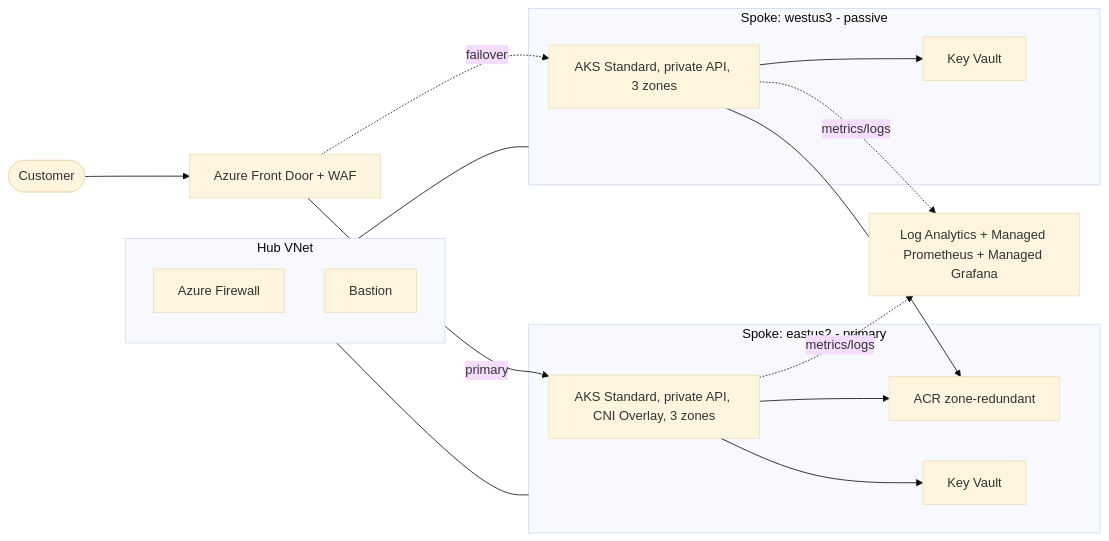
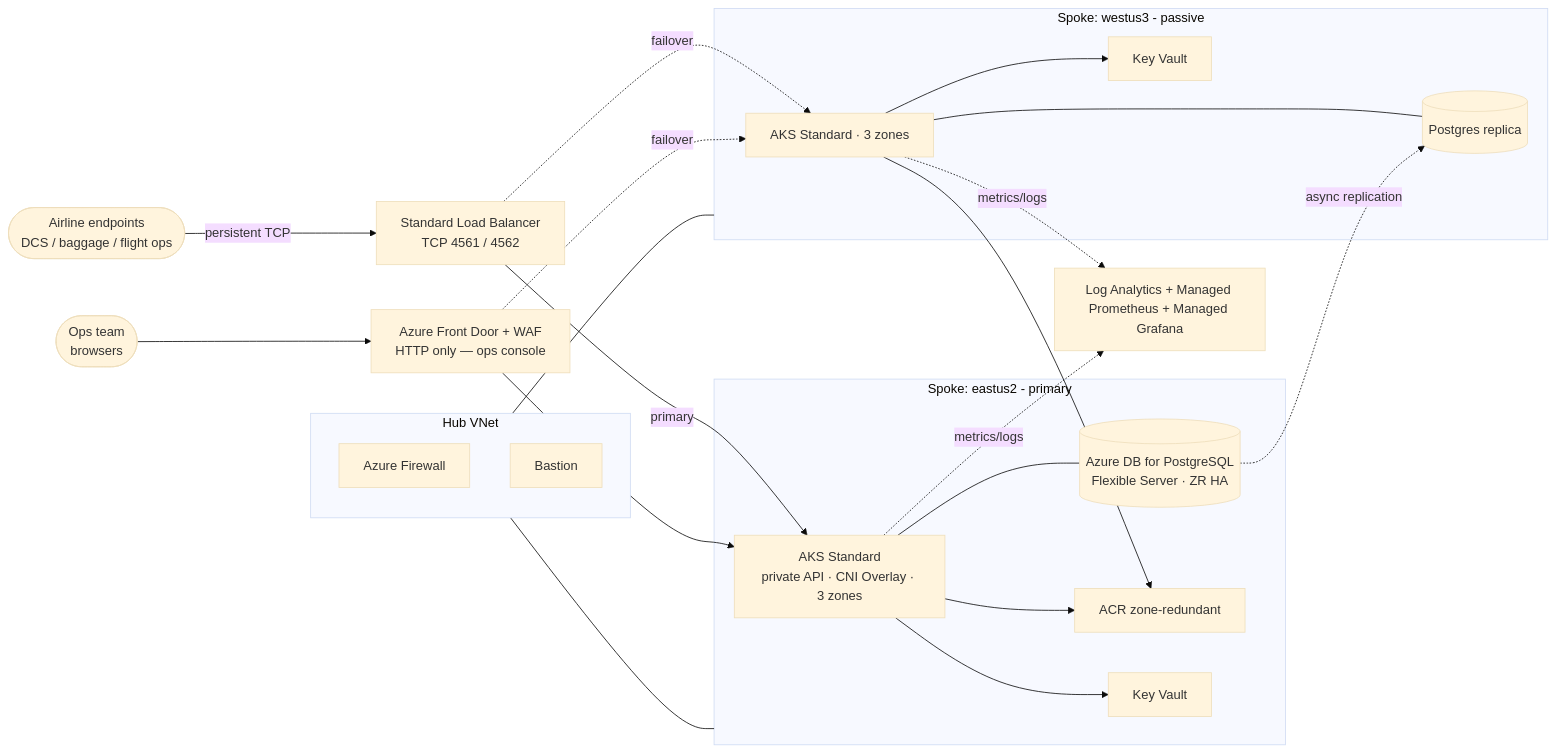
One commit to chadhage/aks-irl changed the diagram in README.md. Above: the diagram before and after it, drawn with Mermaid (base theme). The commit also changed other lines of this file and 57 other files, not shown here.

First line of the commit message:
Refactor to WorkshopPlus: airline socket messaging replatform on AKS

````diff
--- a/README.md
+++ b/README.md
@@ -94,30 +124,40 @@
 ```mermaid
 flowchart LR
-  user([Customer])
-  fd[Azure Front Door + WAF]
+  airline([Airline endpoints<br/>DCS / baggage / flight ops])
+  ops([Ops team<br/>browsers])
+  fd[Azure Front Door + WAF<br/>HTTP only — ops console]
+  nlb[Standard Load Balancer<br/>TCP 4561 / 4562]
   subgraph hub[Hub VNet]
     fw[Azure Firewall]
     bastion[Bastion]
   end
   subgraph eastus2[Spoke: eastus2 - primary]
-    aks1[AKS Standard, private API, CNI Overlay, 3 zones]
+    aks1[AKS Standard<br/>private API · CNI Overlay · 3 zones]
+    pg1[(Azure DB for PostgreSQL<br/>Flexible Server · ZR HA)]
     acr[ACR zone-redundant]
     kv1[Key Vault]
   end
   subgraph westus3[Spoke: westus3 - passive]
-    aks2[AKS Standard, private API, 3 zones]
+    aks2[AKS Standard · 3 zones]
+    pg2[(Postgres replica)]
     kv2[Key Vault]
   end
   obs[Log Analytics + Managed Prometheus + Managed Grafana]
-  user --> fd
-  fd -->|primary| aks1
+  airline -->|persistent TCP| nlb
+  ops --> fd
+  nlb -->|primary| aks1
+  nlb -.failover.-> aks2
+  fd --> aks1
   fd -.failover.-> aks2
+  aks1 --- pg1
+  aks2 --- pg2
+  pg1 -.async replication.-> pg2
   aks1 --> acr
   aks2 --> acr
   aks1 --> kv1
   aks2 --> kv2
   hub --- eastus2
   hub --- westus3
   aks1 -.metrics/logs.-> obs
   aks2 -.metrics/logs.-> obs
 ```
````
